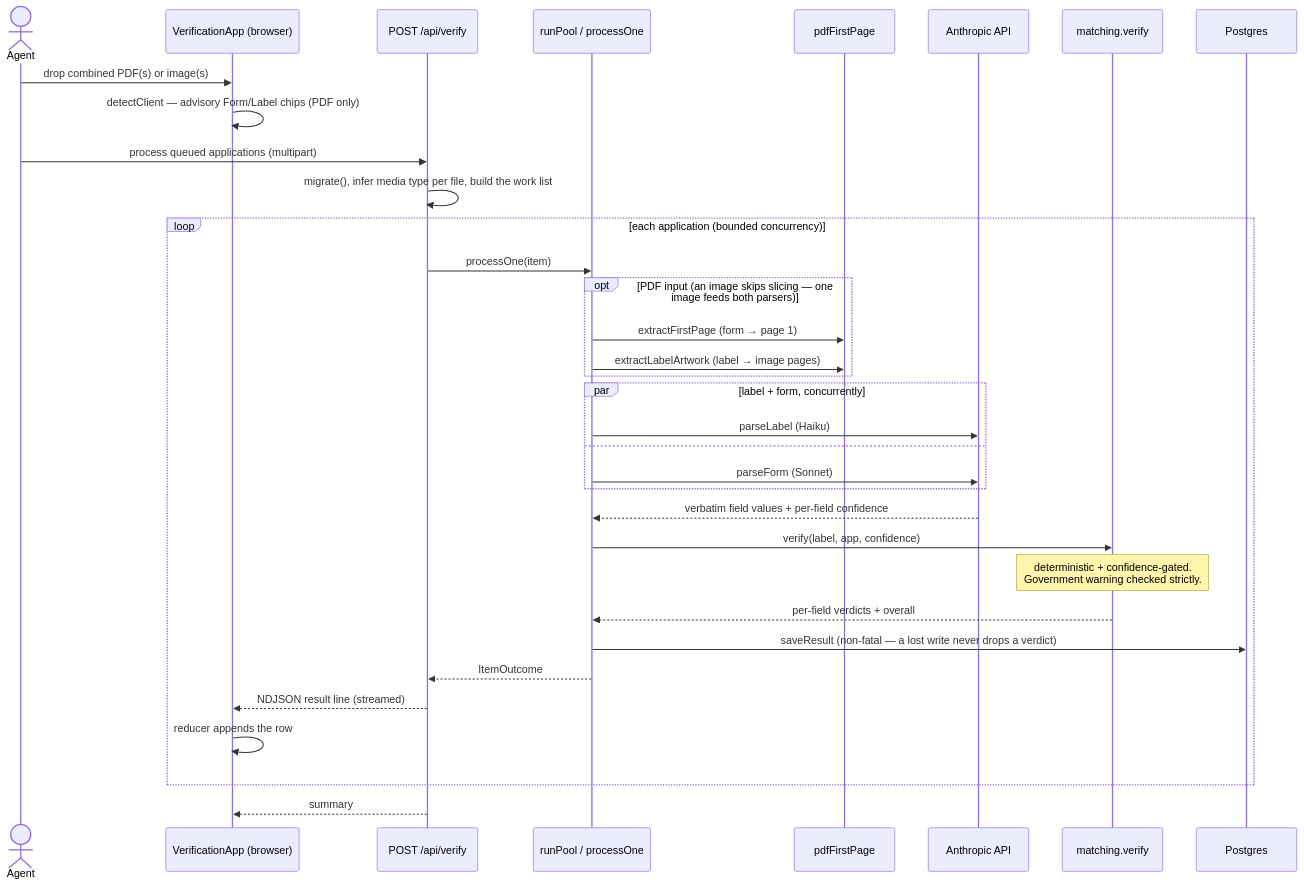
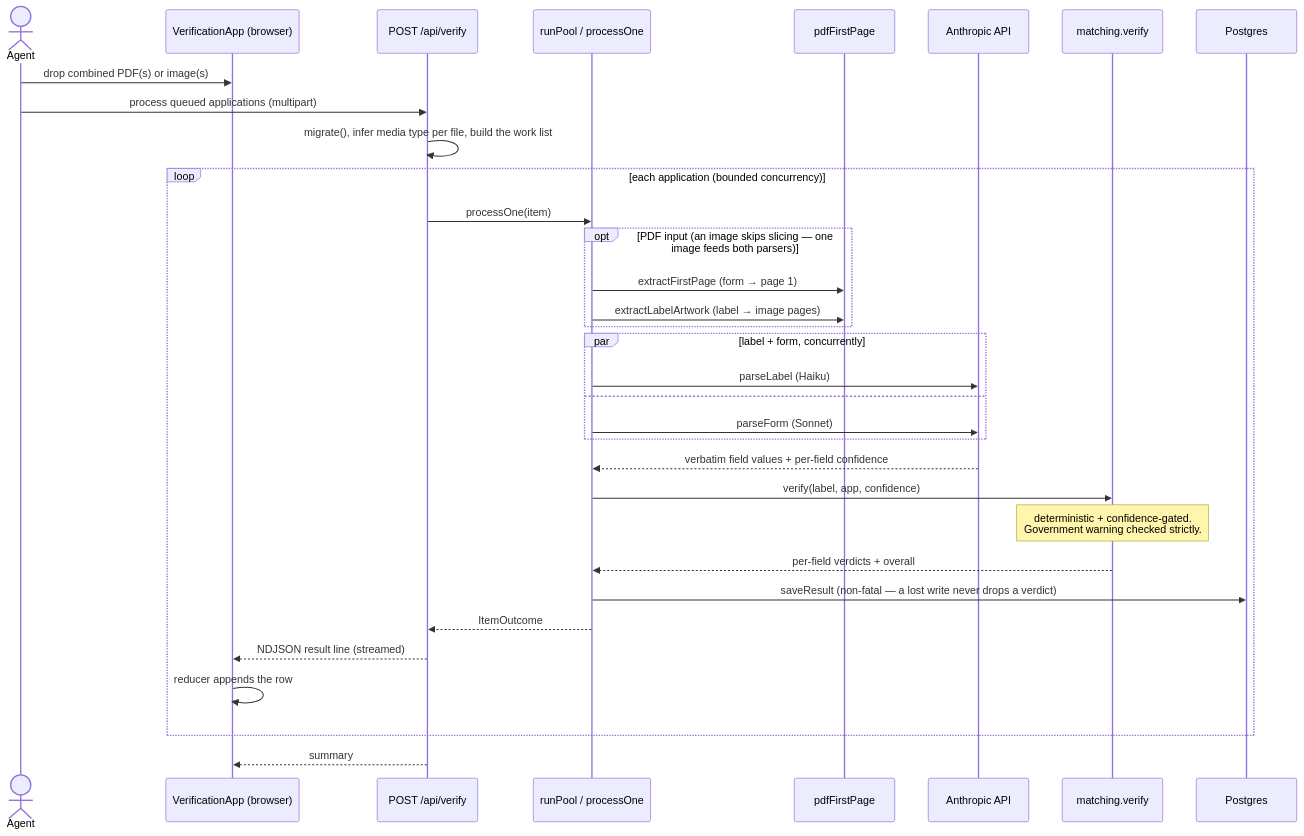
The third of 3 diagrams in docs/architecture.md (morganfry/ttb_labels), drawn with Mermaid before and after one commit. The commit also changed other lines of this file and 9 other files, not shown here.

````diff
--- a/docs/architecture.md
+++ b/docs/architecture.md
@@ -159,38 +152,37 @@
 ```mermaid
 sequenceDiagram
     actor Agent
     participant UI as VerificationApp (browser)
     participant API as POST /api/verify
     participant Pool as runPool / processOne
     participant Slice as pdfFirstPage
     participant Model as Anthropic API
     participant Judge as matching.verify
     participant DB as Postgres
 
     Agent->>UI: drop combined PDF(s) or image(s)
-    UI->>UI: detectClient — advisory Form/Label chips (PDF only)
     Agent->>API: process queued applications (multipart)
     API->>API: migrate(), infer media type per file, build the work list
 
     loop each application (bounded concurrency)
         API->>Pool: processOne(item)
         opt PDF input (an image skips slicing — one image feeds both parsers)
             Pool->>Slice: extractFirstPage (form → page 1)
             Pool->>Slice: extractLabelArtwork (label → image pages)
         end
         par label + form, concurrently
             Pool->>Model: parseLabel (Haiku)
         and
             Pool->>Model: parseForm (Sonnet)
         end
         Model-->>Pool: verbatim field values + per-field confidence
         Pool->>Judge: verify(label, app, confidence)
         Note over Judge: deterministic + confidence-gated.<br/>Government warning checked strictly.
         Judge-->>Pool: per-field verdicts + overall
         Pool->>DB: saveResult (non-fatal — a lost write never drops a verdict)
         Pool-->>API: ItemOutcome
         API-->>UI: NDJSON result line (streamed)
         UI->>UI: reducer appends the row
     end
     API-->>UI: summary
 ```
````
